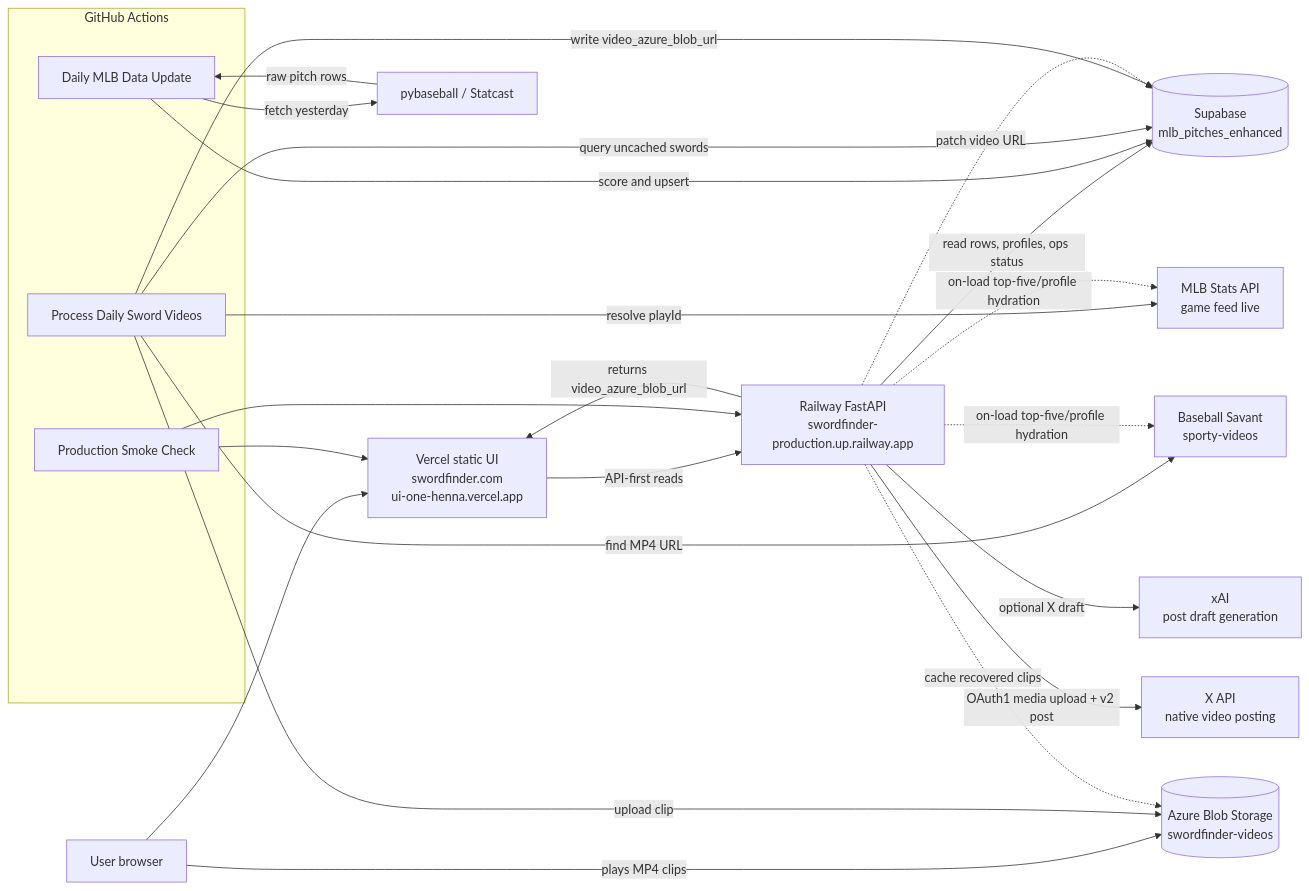
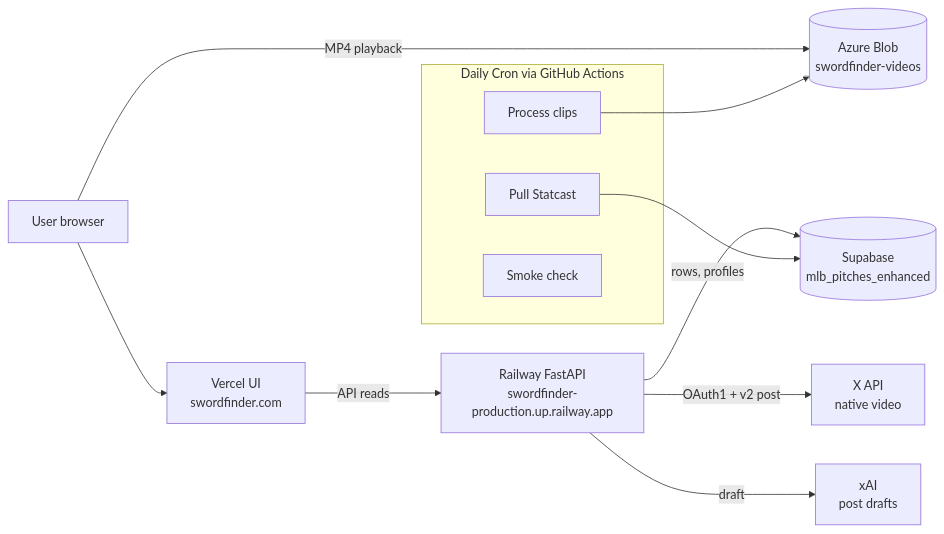
The diagram in README.md (joewilsonai/SwordFinder), drawn with Mermaid before and after one commit. The commit also changed other lines of this file, not shown here.

````diff
--- a/README.md
+++ b/README.md
@@ -19,46 +41,26 @@
 ```mermaid
 flowchart LR
     user[User browser]
-    vercel[Vercel static UI<br/>swordfinder.com<br/>ui-one-henna.vercel.app]
+    vercel[Vercel UI<br/>swordfinder.com]
     api[Railway FastAPI<br/>swordfinder-production.up.railway.app]
     db[(Supabase<br/>mlb_pitches_enhanced)]
-    azure[(Azure Blob Storage<br/>swordfinder-videos)]
-    xai[xAI<br/>post draft generation]
-    xapi[X API<br/>native video posting]
+    azure[(Azure Blob<br/>swordfinder-videos)]
+    xai[xAI<br/>post drafts]
+    xapi[X API<br/>native video]
 
     user --> vercel
-    vercel -->|API-first reads| api
-    api -->|read rows, profiles, ops status| db
-    api -->|optional X draft| xai
-    api -->|OAuth1 media upload + v2 post| xapi
-    api -->|returns video_azure_blob_url| vercel
-    user -->|plays MP4 clips| azure
+    vercel -->|API reads| api
+    api -->|rows, profiles| db
+    api -->|draft| xai
+    api -->|OAuth1 + v2 post| xapi
+    user -->|MP4 playback| azure
 
-    subgraph GitHub Actions
-        daily[Daily MLB Data Update]
-        videos[Process Daily Sword Videos]
-        smoke[Production Smoke Check]
+    subgraph Daily Cron via GitHub Actions
+        daily[Pull Statcast]
+        videos[Process clips]
+        smoke[Smoke check]
     end
 
-    statcast[pybaseball / Statcast]
-    statsapi[MLB Stats API<br/>game feed live]
-    savant[Baseball Savant<br/>sporty-videos]
-
-    daily -->|fetch yesterday| statcast
-    statcast -->|raw pitch rows| daily
-    daily -->|score and upsert| db
-
-    videos -->|query uncached swords| db
-    videos -->|resolve playId| statsapi
-    videos -->|find MP4 URL| savant
-    videos -->|upload clip| azure
-    videos -->|write video_azure_blob_url| db
-
-    api -.->|on-load top-five/profile hydration| statsapi
-    api -.->|on-load top-five/profile hydration| savant
-    api -.->|cache recovered clips| azure
-    api -.->|patch video URL| db
-
-    smoke --> api
-    smoke --> vercel
+    daily --> db
+    videos --> azure
 ```
````
